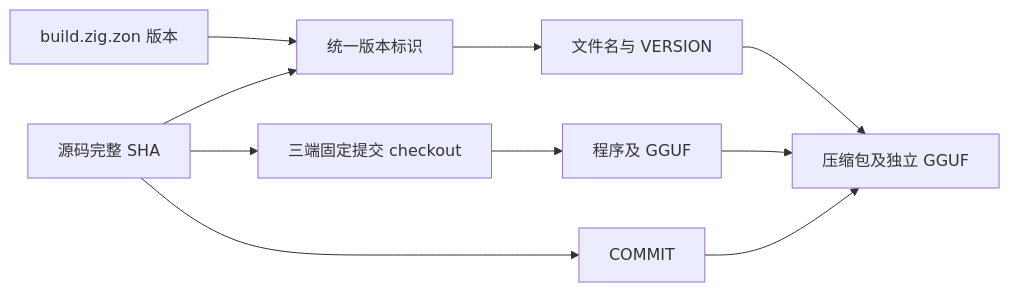
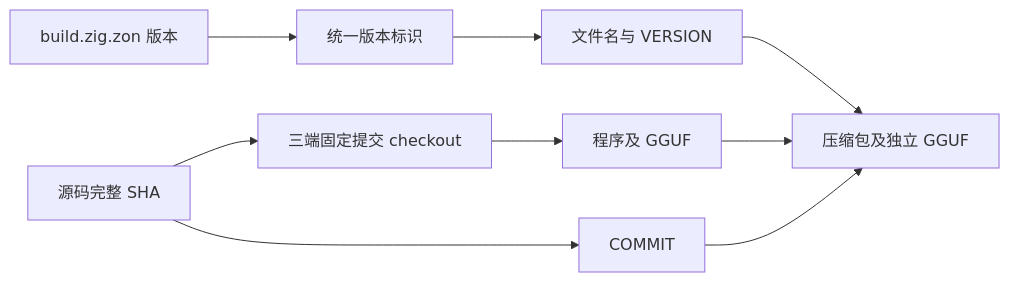
One commit to MatrixAges/gpu-code-spacer changed the second of 2 diagrams in docs/2026-09-15/主分支同步与版本打包.md. Above: the diagram before and after it, drawn with Mermaid. The commit also changed other lines of this file and 2 other files, not shown here.

````diff
--- a/docs/2026-09-15/主分支同步与版本打包.md
+++ b/docs/2026-09-15/主分支同步与版本打包.md
@@ -46,12 +46,11 @@
 ```mermaid
 flowchart LR
     A[build.zig.zon 版本] --> C[统一版本标识]
-    B[源码完整 SHA] --> C
-    B --> D[三端固定提交 checkout]
+    B[源码完整 SHA] --> D[三端固定提交 checkout]
     D --> E[程序及 GGUF]
     C --> F[文件名与 VERSION]
     B --> G[COMMIT]
     E --> H[压缩包及独立 GGUF]
     F --> H
     G --> H
 ```
````
